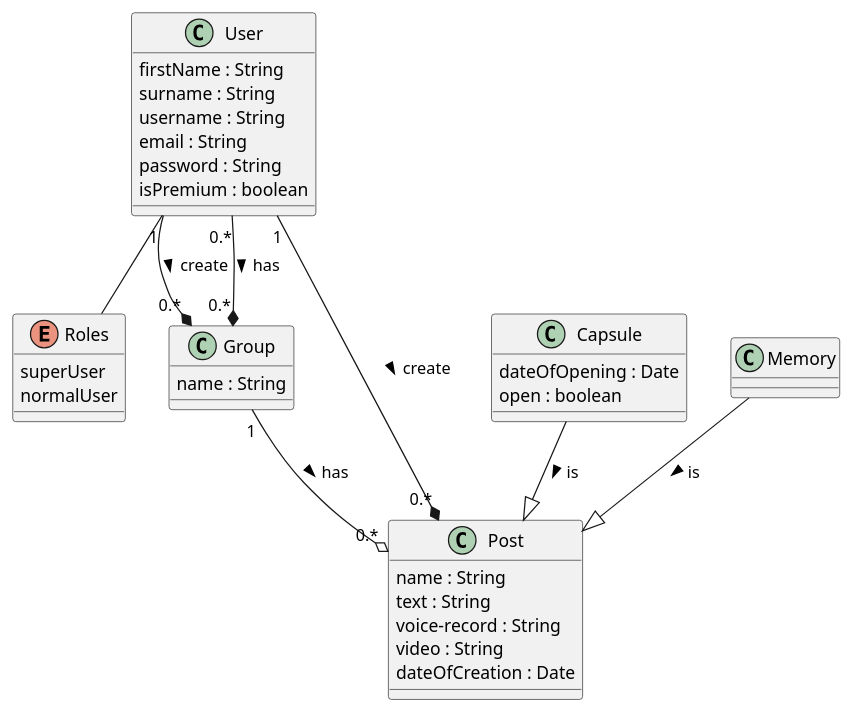
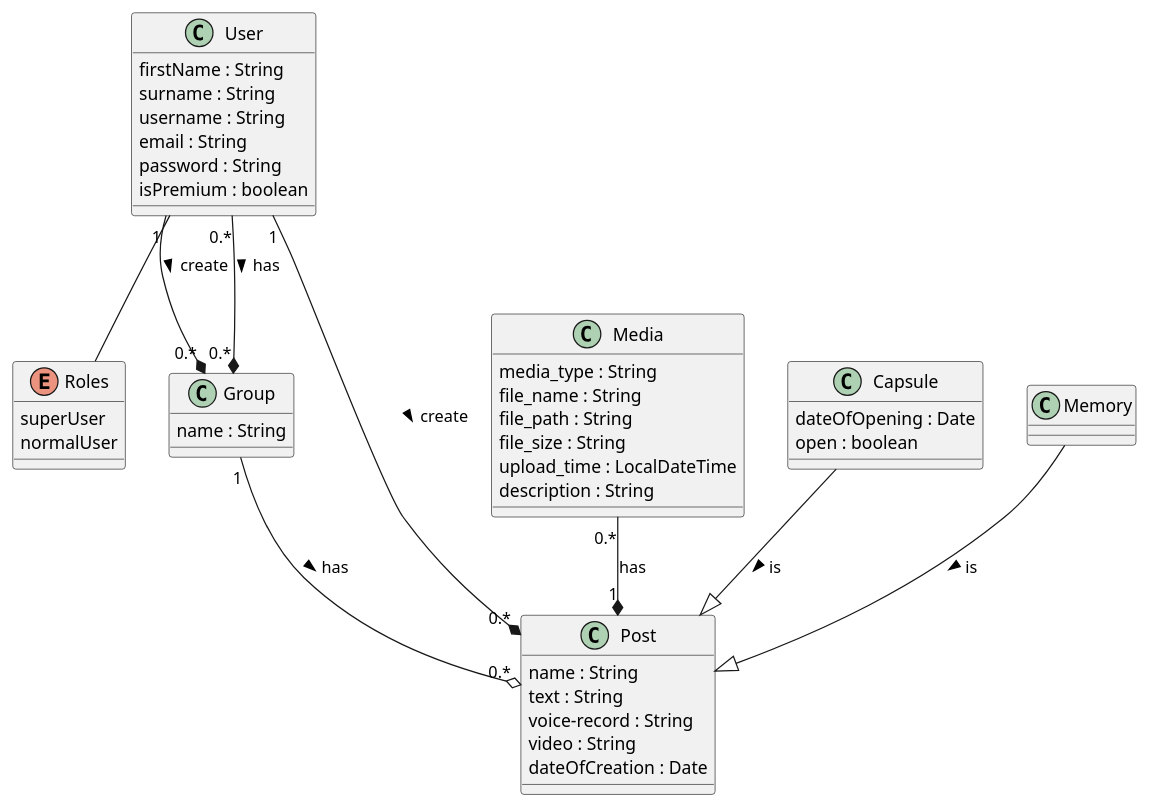
One commit to ofgot/TimeKeep changed the diagram in TimeKeep/EAR.puml. Above: the diagram before and after it, drawn with PlantUML. The commit also changed 2 other files, not shown here.

```diff
--- a/TimeKeep/EAR.puml
+++ b/TimeKeep/EAR.puml
@@ -1,47 +1,57 @@
 @startuml
 
-enum "Roles"{
+enum Roles {
     superUser
     normalUser
 }
 
-class "User"{
+class User{
     firstName : String
     surname : String
     username : String
     email : String
     password : String
     isPremium : boolean
 }
 
-class "Group" {
+class Group {
     name : String
 }
 
-class "Post" {
+class Media {
+    media_type : String
+    file_name : String
+    file_path : String
+    file_size : String
+    upload_time : LocalDateTime
+    description : String
+}
+
+class Post {
     name : String
     text : String
     voice-record : String
     video : String
     dateOfCreation : Date
 }
 
-class "Capsule" {
+class Capsule {
     dateOfOpening : Date
     open : boolean
 }
 
-class "Memory" {
+class Memory {
 
 }
 
 Memory --|> Post : is >
 Capsule  --|> Post : is >
+Media "0.*" --* "1" Post : has
 
 User -- Roles
 User "1" --* "0.*" Group : create >
 User "0.*" --* "0.*" Group : has >
 User "1" --* "0.*" Post : create >
 Group "1" --o "0.*" Post : has >
 
 @enduml
```
